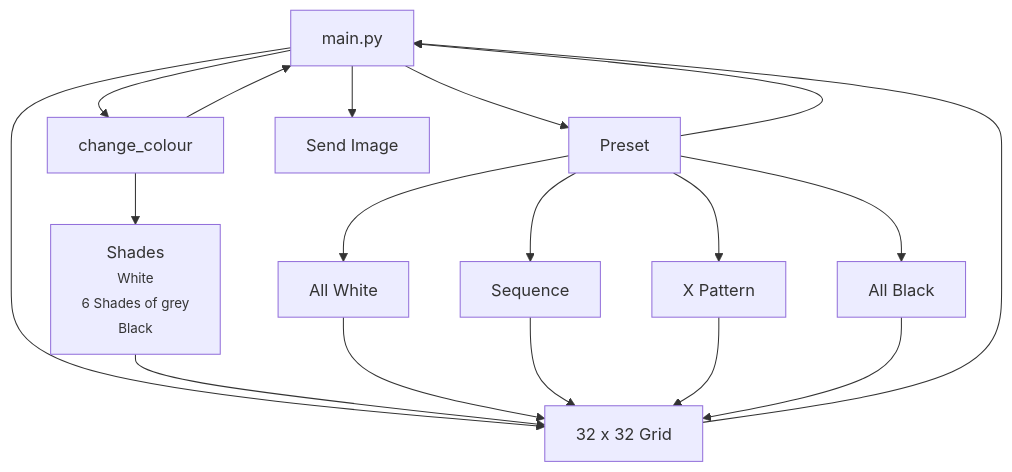
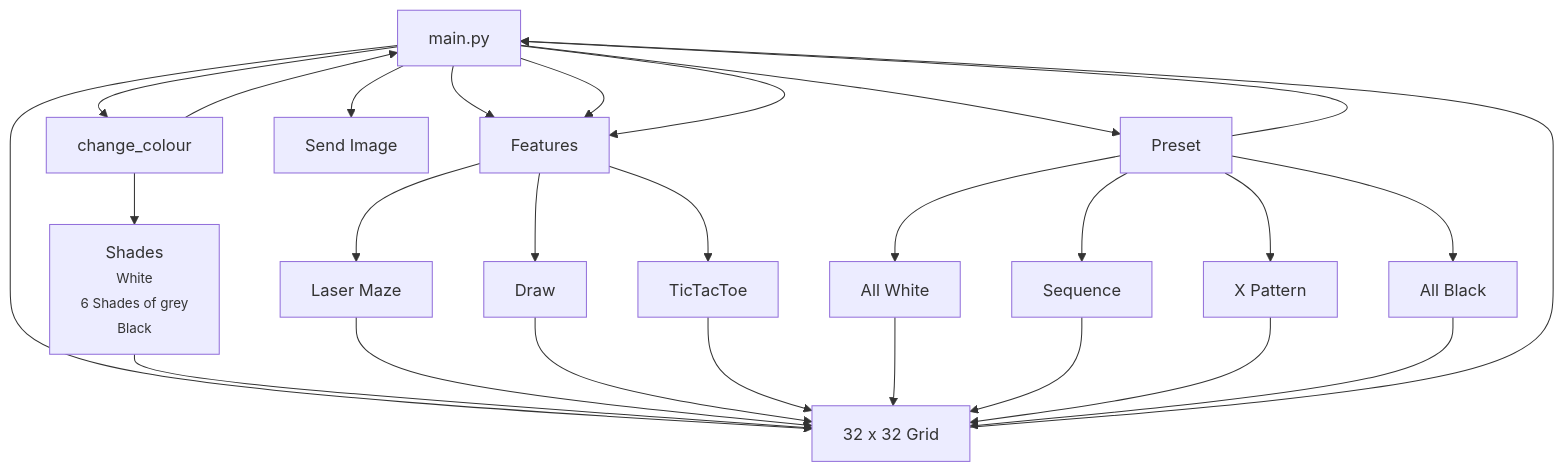
One commit to E1leenn/finalchallenge changed the second of 2 diagrams in READMEcopy.md. Above: the diagram before and after it, drawn with Mermaid. The commit also changed other lines of this file and 3 other files, not shown here.

````diff
--- a/READMEcopy.md
+++ b/READMEcopy.md
@@ -71,20 +66,26 @@
 ```mermaid
 graph TD
 A[main.py] --> C[change_colour]
 C --> A
 C --> I[<font size = 3>Shades<br><font size=2>White<br>6 Shades of grey<br>Black]
 A --> B[32 x 32 Grid]
 I --> B
 A --> D[Preset]
 D --> A
 D --> E[All White]
 D --> F[All Black]
 D --> G[X Pattern]
 D --> H[Sequence]
 A --> J[Send Image]
+A--> K[Features] --> L[TicTacToe]
+A--> K --> M[Draw]
+A --> K --> N[Laser Maze]
+N --> B
+M --> B
+L --> B
 E --> B
 H --> B
 G --> B
 F --> B
 B --> A
 ```
````
